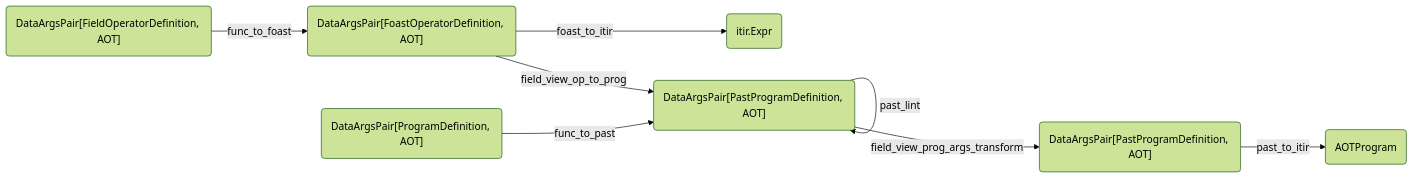
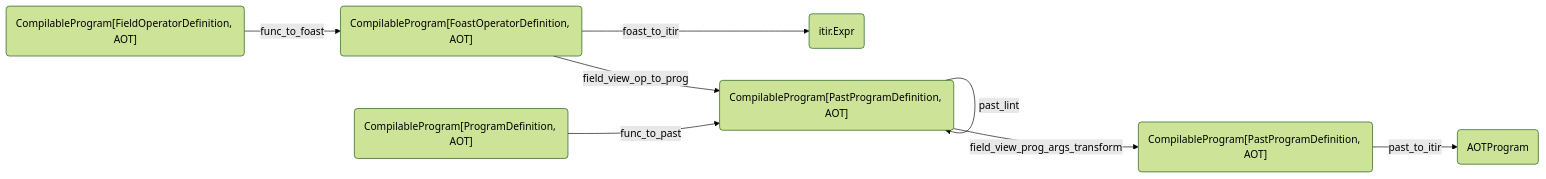
Before and after one commit to GridTools/gt4py: the first of 10 diagrams in docs/user/next/advanced/ToolchainWalkthrough.md, drawn with Mermaid (forest theme). The commit also changed other lines of this file and 17 other files, not shown here.

Commit message:
rename workflow.DataArgsPair -> recipes.CompilableProgram

````diff
--- a/docs/user/next/advanced/ToolchainWalkthrough.md
+++ b/docs/user/next/advanced/ToolchainWalkthrough.md
@@ -23,12 +23,12 @@
 ```mermaid
 graph LR
 
-fdef("DataArgsPair[FieldOperatorDefinition, AOT]") -->|func_to_foast| foast("DataArgsPair[FoastOperatorDefinition, AOT]")
+fdef("CompilableProgram[FieldOperatorDefinition, AOT]") -->|func_to_foast| foast("CompilableProgram[FoastOperatorDefinition, AOT]")
 foast -->|foast_to_itir| itir_expr(itir.Expr)
-foast -->|field_view_op_to_prog| past("DataArgsPair[PastProgramDefinition, AOT]")
+foast -->|field_view_op_to_prog| past("CompilableProgram[PastProgramDefinition, AOT]")
 past -->|past_lint| past
-past -->|field_view_prog_args_transform| tapast("DataArgsPair[PastProgramDefinition, AOT]")
+past -->|field_view_prog_args_transform| tapast("CompilableProgram[PastProgramDefinition, AOT]")
 tapast -->|past_to_itir| pcall(AOTProgram)
 
-pdef("DataArgsPair[ProgramDefinition, AOT]") -->|func_to_past| past("DataArgsPair[PastProgramDefinition, AOT]")
+pdef("CompilableProgram[ProgramDefinition, AOT]") -->|func_to_past| past("CompilableProgram[PastProgramDefinition, AOT]")
 ```
````
